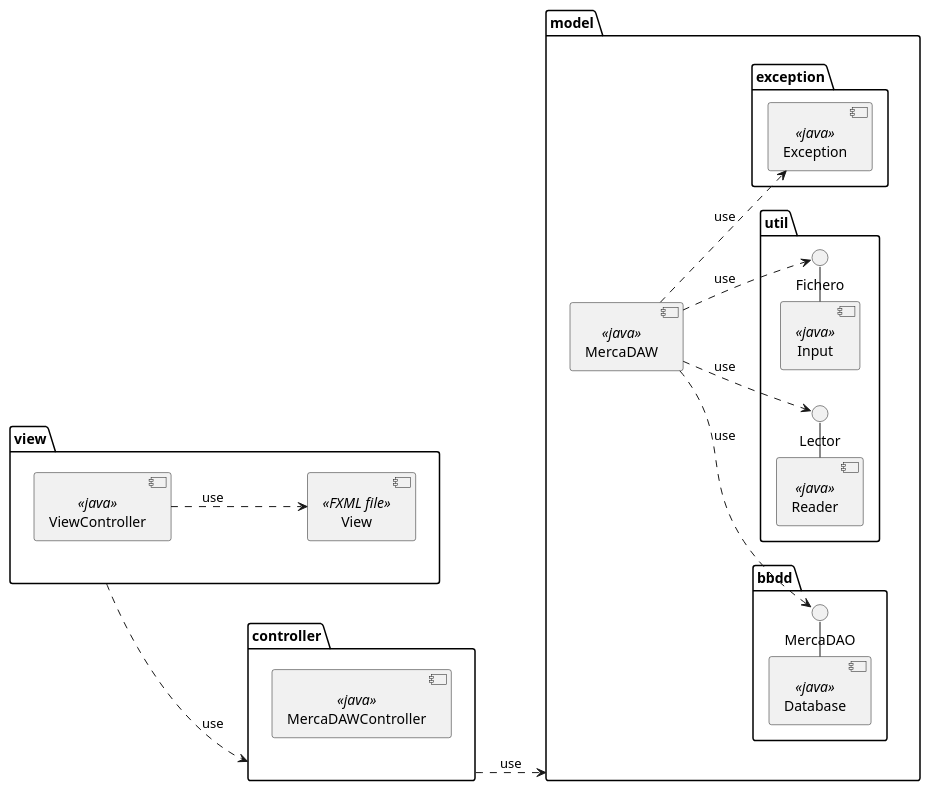
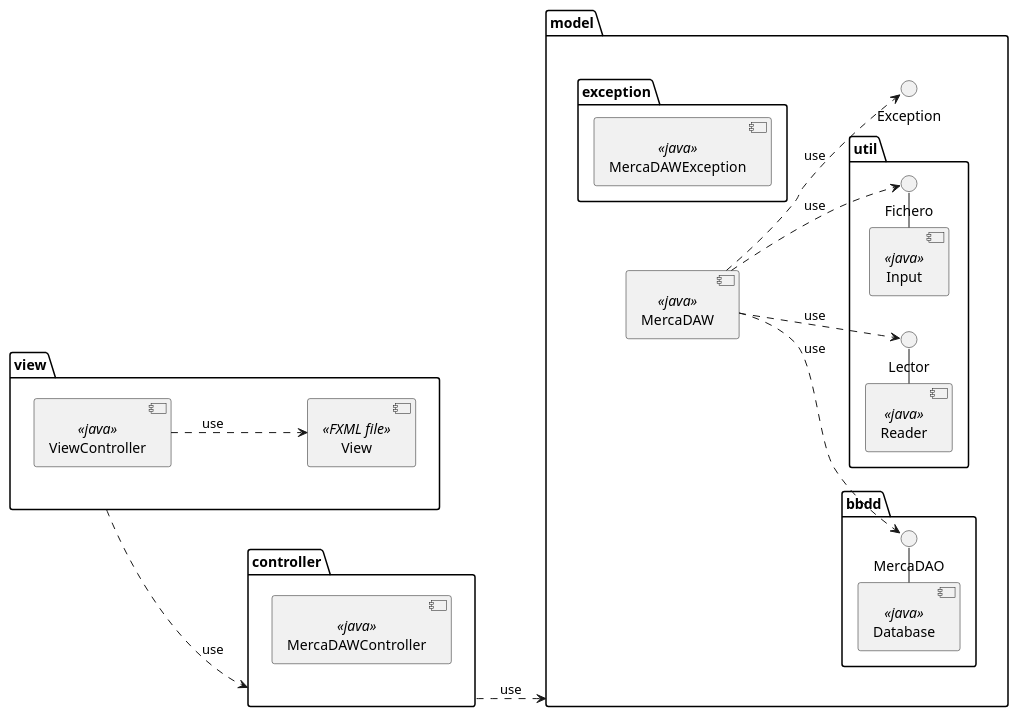
One commit to dmadcha/mercadaw_trabajo_ev3 changed the second of 2 diagrams in design/Componentes.pu. Above: the diagram before and after it, drawn with PlantUML.

Commit message:
Exception fix

```diff
--- a/design/Componentes.pu
+++ b/design/Componentes.pu
@@ -12,60 +12,60 @@
 @startuml disenyo
 
 left to right direction
 
 package view{
 
     component View <<FXML file>>
 
     component ViewController <<java>>
 }
 
 package controller{
     component MercaDAWController <<java>>
 
 }
 
 package model{
 
     component MercaDAW <<java>>
 
     package bbdd{
         component Database <<java>>
         () "MercaDAO" as DA
     }
 
     package util{
         component Reader <<java>>
           () "Lector" as Lector
         component Input <<java>>
           () "Fichero" as Fichero
 
     }
 
     package exception{
-        component Exception <<java>>
+        component MercaDAWException <<java>>
     }
 
 
     ViewController ..> View: use
 
     view ..> controller: use
 
 
     controller ..> model: use
 
 
     MercaDAW ..> Exception: use
 
     MercaDAW ..> DA: use
     MercaDAW ..> Lector: use
     MercaDAW ..> Fichero: use
 
     Database - DA
     Reader - Lector
     Input - Fichero
 
 
 }
 
 @enduml
```
